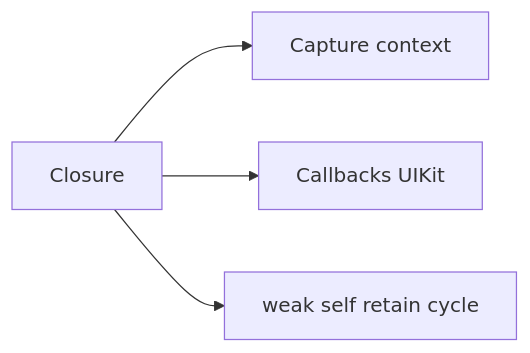
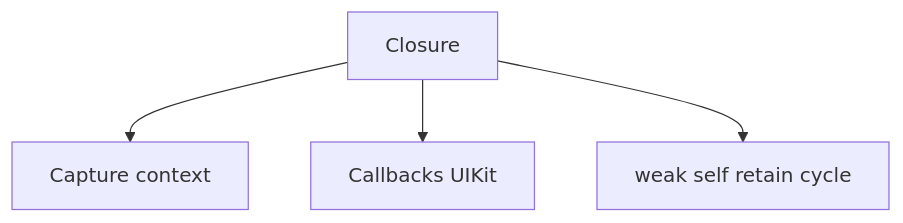
One commit to zyrass/omnydocs changed the ninth of 45 diagrams in docs/glossaire/developpement-mobile.md. Above: the diagram before and after it, drawn with Mermaid. The commit also changed other lines of this file and 959 other files, not shown here.

````diff
--- a/docs/glossaire/developpement-mobile.md
+++ b/docs/glossaire/developpement-mobile.md
@@ -275,6 +310,6 @@
-    ```mermaid
-    graph LR
-        A[Closure] --> B[Capture context]
-        A --> C[Callbacks UIKit]
-        A --> D[weak self retain cycle]
-    ```
+```mermaid
+flowchart TB
+    A[Closure] --> B["Capture context"]
+    A --> C["Callbacks UIKit"]
+    A --> D["weak self retain cycle"]
+```
````
